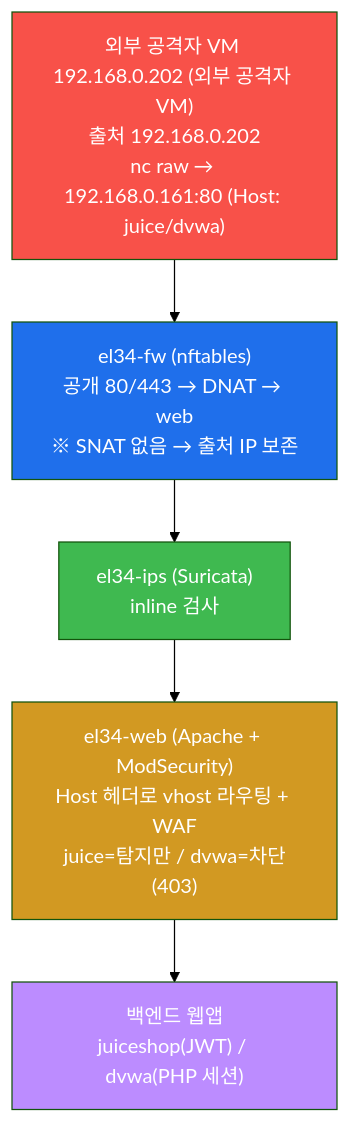
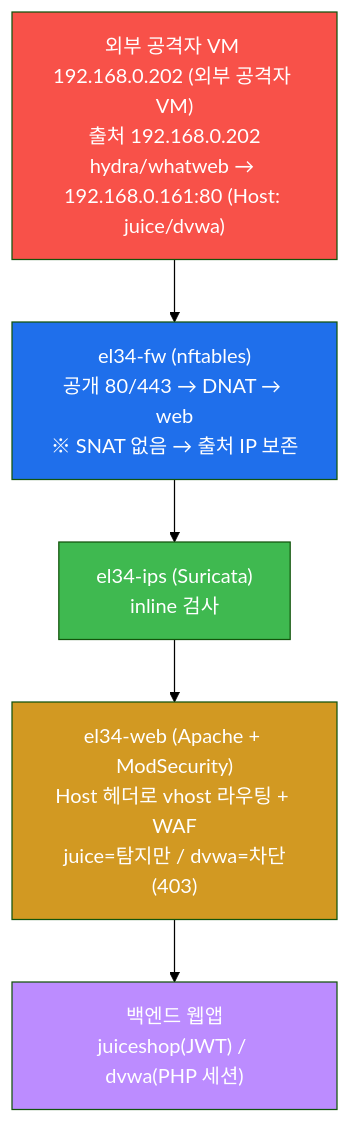
One commit to mrgrit/tw2 changed the sixth of 8 diagrams in contents/training/web-vuln/lecture_week04.md. Above: the diagram before and after it, drawn with Mermaid (forest theme). The commit also changed other lines of this file and 25 other files, not shown here.

First line of the commit message:
fix(web-vuln): nc(raw HTTP) → 진짜 공격도구 (sqlmap/dalfox/ffuf/nikto/nuclei/hydra/whatweb)

````diff
--- a/contents/training/web-vuln/lecture_week04.md
+++ b/contents/training/web-vuln/lecture_week04.md
@@ -408,14 +408,14 @@
 ```mermaid
 graph TD
-    ATK["외부 공격자 VM 192.168.0.202 (외부 공격자 VM)<br/>출처 192.168.0.202<br/>nc raw → 192.168.0.161:80 (Host: juice/dvwa)"]
+    ATK["외부 공격자 VM 192.168.0.202 (외부 공격자 VM)<br/>출처 192.168.0.202<br/>hydra/whatweb → 192.168.0.161:80 (Host: juice/dvwa)"]
     FW["el34-fw (nftables)<br/>공개 80/443 → DNAT → web<br/>※ SNAT 없음 → 출처 IP 보존"]
     IPS["el34-ips (Suricata)<br/>inline 검사"]
     WEB["el34-web (Apache + ModSecurity)<br/>Host 헤더로 vhost 라우팅 + WAF<br/>juice=탐지만 / dvwa=차단(403)"]
     APP["백엔드 웹앱<br/>juiceshop(JWT) / dvwa(PHP 세션)"]
     ATK --> FW --> IPS --> WEB --> APP
     style ATK fill:#f85149,color:#fff
     style FW fill:#1f6feb,color:#fff
     style IPS fill:#3fb950,color:#fff
     style WEB fill:#d29922,color:#fff
     style APP fill:#bc8cff,color:#fff
 ```
````
